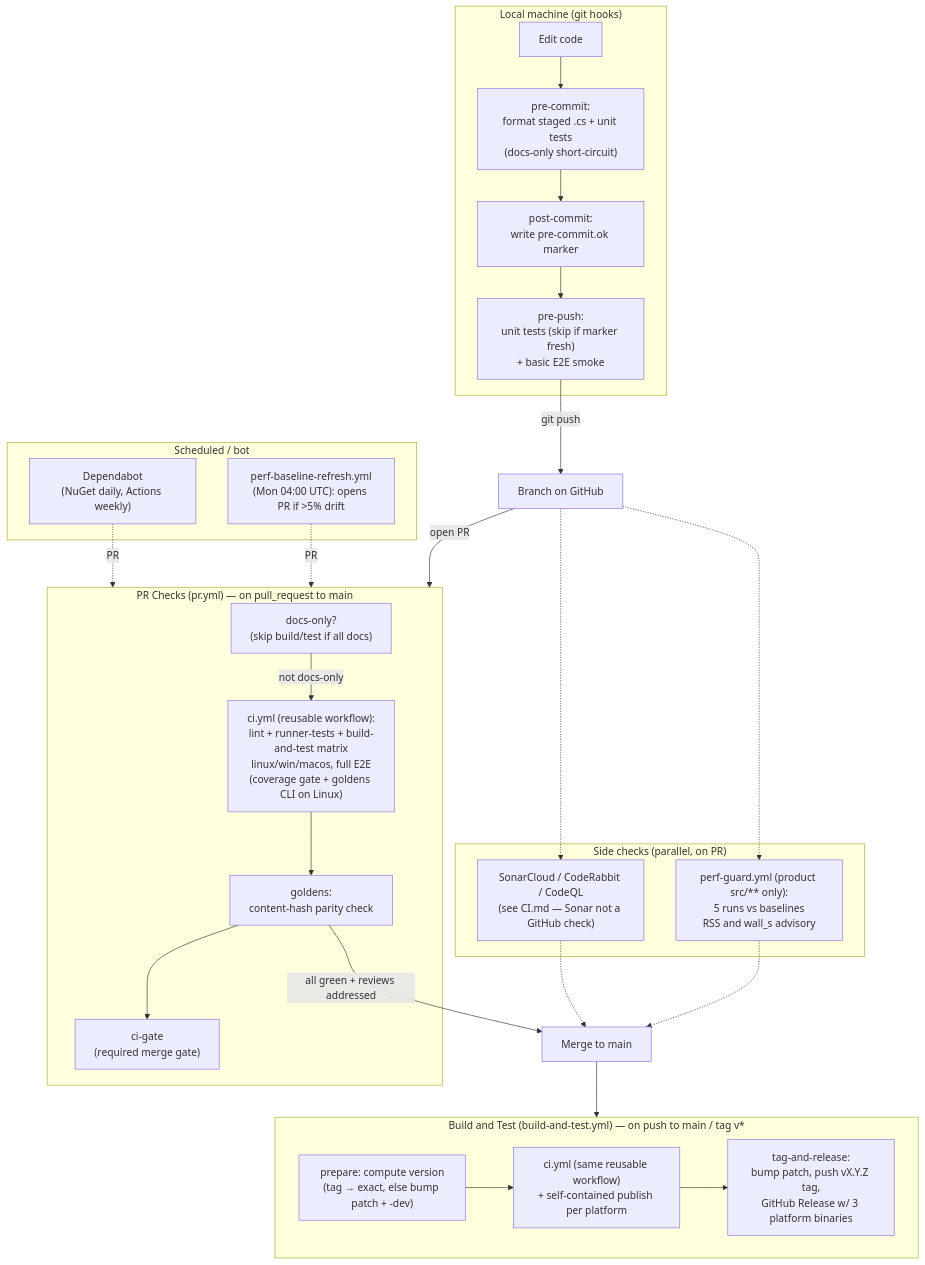
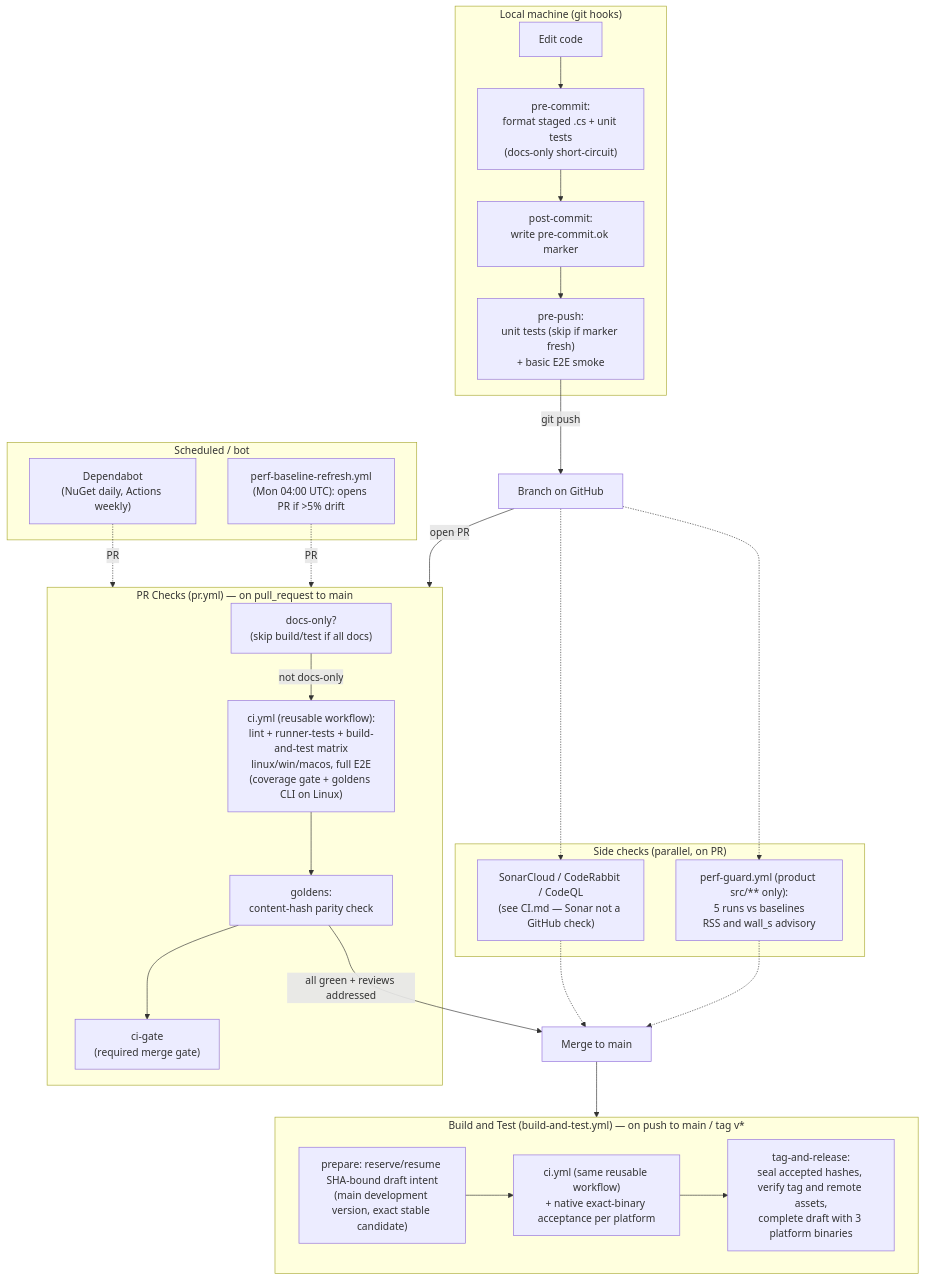
One commit to dwojtaszek/zipper changed the diagram in docs/cicd.md. Above: the diagram before and after it, drawn with Mermaid. The commit also changed other lines of this file and 33 other files, not shown here.

````diff
--- a/docs/cicd.md
+++ b/docs/cicd.md
@@ -9,48 +9,48 @@
 ```mermaid
 flowchart TD
     subgraph local["Local machine (git hooks)"]
         edit["Edit code"]
         precommit["pre-commit:<br/>format staged .cs + unit tests<br/>(docs-only short-circuit)"]
         postcommit["post-commit:<br/>write pre-commit.ok marker"]
         prepush["pre-push:<br/>unit tests (skip if marker fresh)<br/>+ basic E2E smoke"]
         edit --> precommit --> postcommit --> prepush
     end
 
     prepush -->|git push| remote["Branch on GitHub"]
     remote -->|open PR| prpipe
 
     subgraph prpipe["PR Checks (pr.yml) — on pull_request to main"]
         docsonly["docs-only?<br/>(skip build/test if all docs)"]
         shared["ci.yml (reusable workflow):<br/>lint + runner-tests + build-and-test matrix<br/>linux/win/macos, full E2E<br/>(coverage gate + goldens CLI on Linux)"]
         gold["goldens:<br/>content-hash parity check"]
         gate["ci-gate<br/>(required merge gate)"]
         docsonly -->|not docs-only| shared --> gold --> gate
     end
 
     subgraph side["Side checks (parallel, on PR)"]
         perf["perf-guard.yml (product src/** only):<br/>5 runs vs baselines<br/>RSS and wall_s advisory"]
         sonar["SonarCloud / CodeRabbit / CodeQL<br/>(see CI.md — Sonar not a GitHub check)"]
     end
     remote -.-> perf
     remote -.-> sonar
 
     gold -->|all green + reviews addressed| merge["Merge to main"]
     perf -.-> merge
     sonar -.-> merge
 
     merge --> btmain
 
     subgraph btmain["Build and Test (build-and-test.yml) — on push to main / tag v*"]
-        prep["prepare: compute version<br/>(tag → exact, else bump patch + -dev)"]
-        sharedmain["ci.yml (same reusable workflow)<br/>+ self-contained publish per platform"]
-        rel["tag-and-release:<br/>bump patch, push vX.Y.Z tag,<br/>GitHub Release w/ 3 platform binaries"]
+        prep["prepare: reserve/resume SHA-bound draft intent<br/>(main development version, exact stable candidate)"]
+        sharedmain["ci.yml (same reusable workflow)<br/>+ native exact-binary acceptance per platform"]
+        rel["tag-and-release:<br/>seal accepted hashes, verify tag and remote assets,<br/>complete draft with 3 platform binaries"]
         prep --> sharedmain --> rel
     end
 
     subgraph sched["Scheduled / bot"]
         baseline["perf-baseline-refresh.yml<br/>(Mon 04:00 UTC): opens PR if >5% drift"]
         dependabot["Dependabot<br/>(NuGet daily, Actions weekly)"]
     end
     baseline -.->|PR| prpipe
     dependabot -.->|PR| prpipe
 ```
````
